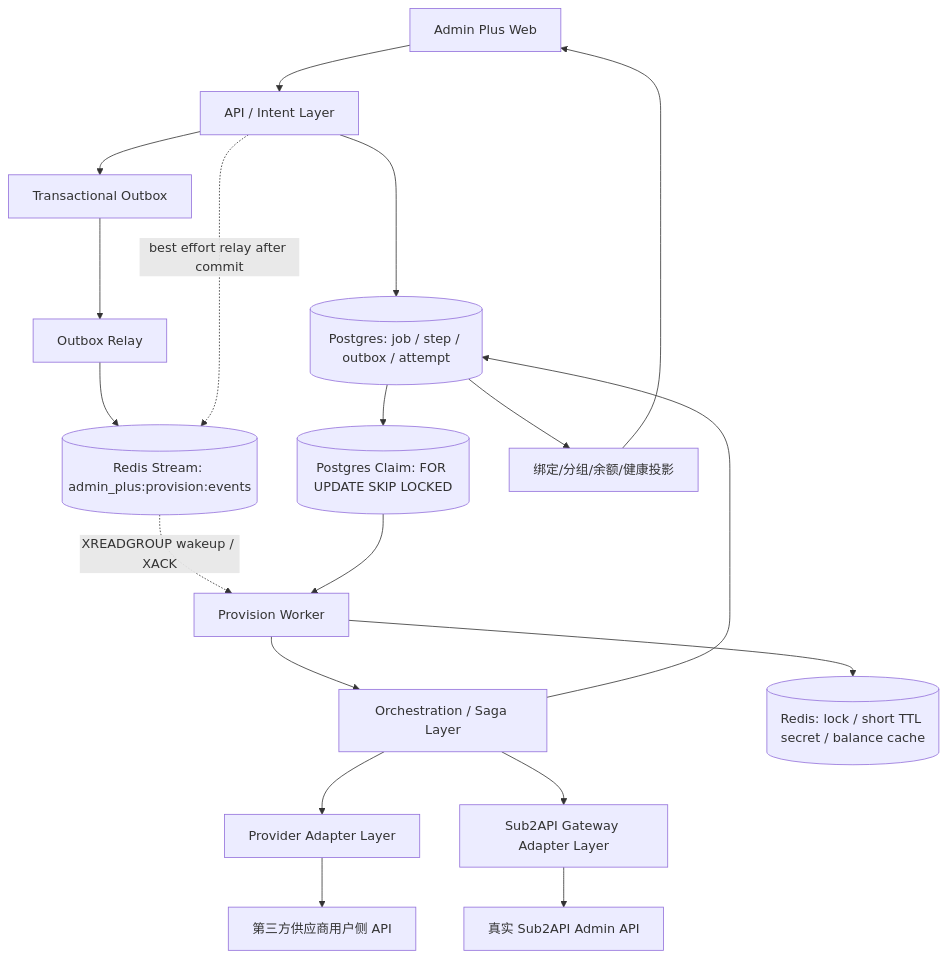
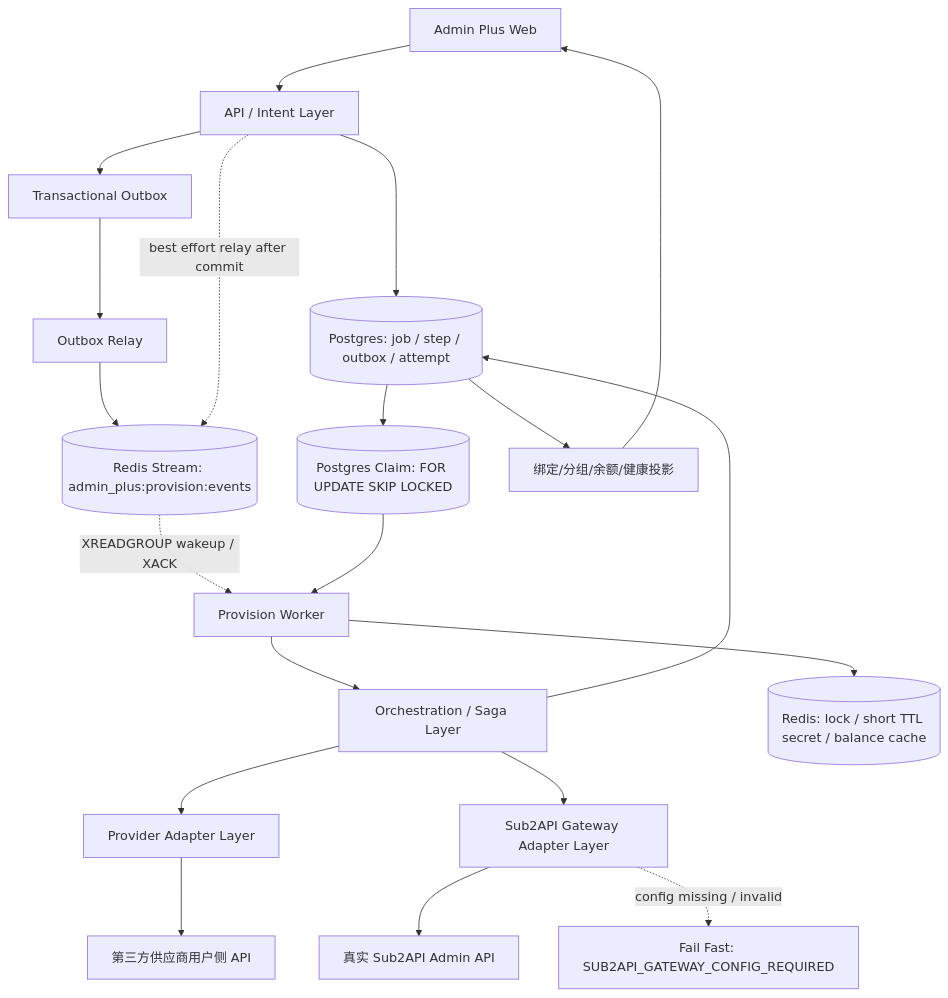
One commit to openrelayllm/superllm changed the first of 6 diagrams in docs/roadmap/accounts/ASYNC_PROVISIONING.md. Above: the diagram before and after it, drawn with Mermaid. The commit also changed other lines of this file and 38 other files, not shown here.

````diff
--- a/docs/roadmap/accounts/ASYNC_PROVISIONING.md
+++ b/docs/roadmap/accounts/ASYNC_PROVISIONING.md
@@ -49,21 +49,22 @@
 ```mermaid
 flowchart TD
   UI[Admin Plus Web] --> API[API / Intent Layer]
   API --> DB[(Postgres: job / step / outbox / attempt)]
   API --> O[Transactional Outbox]
   O --> R[Outbox Relay]
   R --> RS[(Redis Stream: admin_plus:provision:events)]
   API -. best effort relay after commit .-> RS
   DB --> Q[(Postgres Claim: FOR UPDATE SKIP LOCKED)]
   RS -. XREADGROUP wakeup / XACK .-> W[Provision Worker]
   Q --> W
   W --> ORCH[Orchestration / Saga Layer]
   ORCH --> PA[Provider Adapter Layer]
   ORCH --> GA[Sub2API Gateway Adapter Layer]
   PA --> SUP[第三方供应商用户侧 API]
   GA --> SUB[真实 Sub2API Admin API]
+  GA -. config missing / invalid .-> FAIL[Fail Fast: SUB2API_GATEWAY_CONFIG_REQUIRED]
   ORCH --> DB
   W --> RC[(Redis: lock / short TTL secret / balance cache)]
   DB --> PROJ[绑定/分组/余额/健康投影]
   PROJ --> UI
 ```
````
